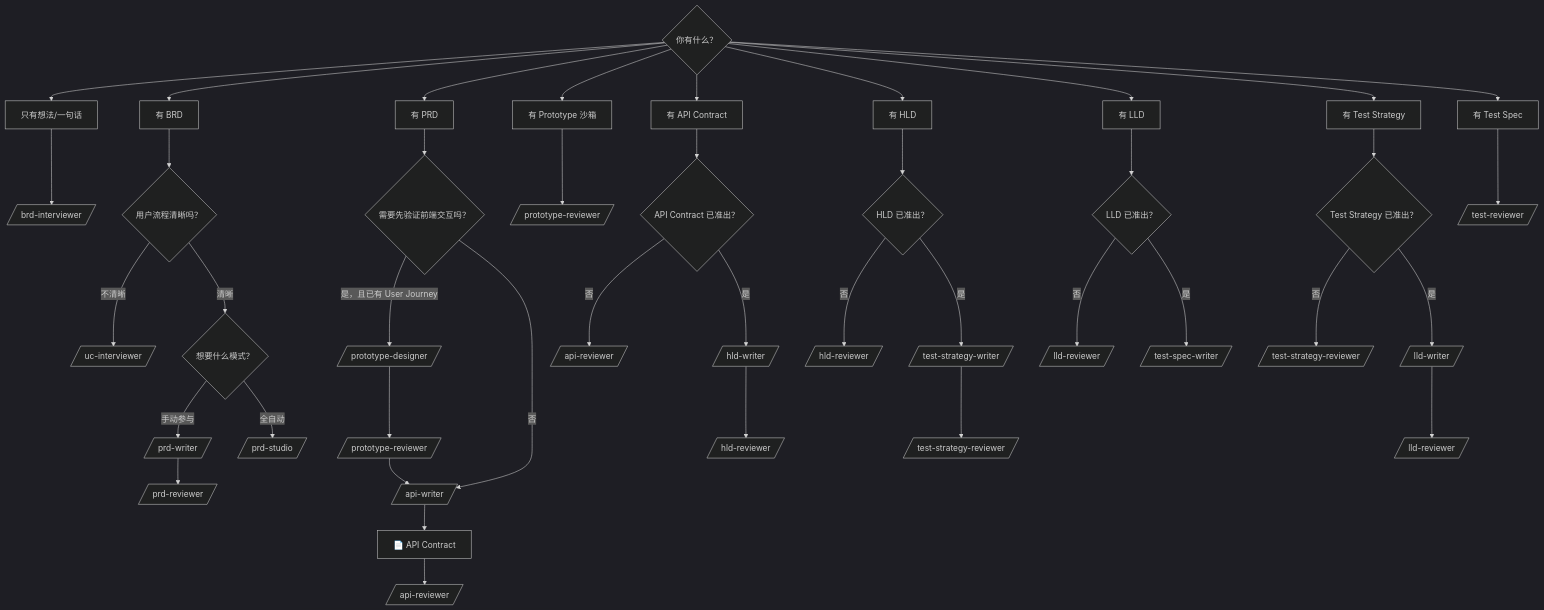
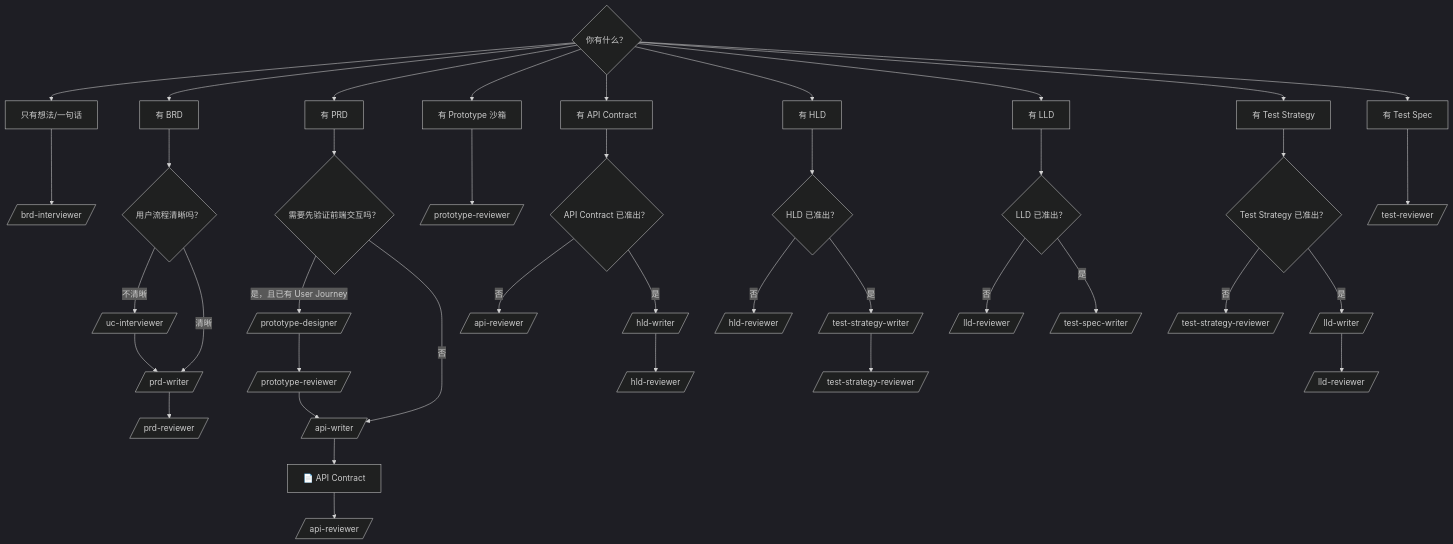
Before and after one commit to walternater/testany-agent-skills: the third of 3 diagrams in plugins/testany-eng/README.md, drawn with Mermaid (dark theme). The commit also changed other lines of this file and 113 other files, not shown here.

````diff
--- a/plugins/testany-eng/README.md
+++ b/plugins/testany-eng/README.md
@@ -136,52 +135,51 @@
 ```mermaid
 flowchart TD
     Start{你有什么？} --> A[只有想法/一句话]
     Start --> B[有 BRD]
     Start --> C[有 PRD]
     Start --> D[有 Prototype 沙箱]
     Start --> E[有 API Contract]
     Start --> F[有 HLD]
     Start --> G[有 LLD]
     Start --> H[有 Test Strategy]
     Start --> I[有 Test Spec]
 
     A --> A1[/brd-interviewer/]
 
     B --> B1{用户流程清晰吗？}
     B1 -->|不清晰| B2[/uc-interviewer/]
-    B1 -->|清晰| B3{想要什么模式？}
-    B3 -->|手动参与| B4[/prd-writer/]
-    B3 -->|全自动| B5[/prd-studio/]
+    B1 -->|清晰| B4[/prd-writer/]
+    B2 --> B4
     B4 --> B6[/prd-reviewer/]
 
     C --> C1{需要先验证前端交互吗？}
     C1 -->|是，且已有 User Journey| C2[/prototype-designer/]
     C2 --> C3[/prototype-reviewer/]
     C3 --> C4[/api-writer/]
     C1 -->|否| C4[/api-writer/]
     C4 --> C5[📄 API Contract]
     C5 --> C6[/api-reviewer/]
 
     D --> D1[/prototype-reviewer/]
 
     E --> E1{API Contract 已准出？}
     E1 -->|否| E2[/api-reviewer/]
     E1 -->|是| E3[/hld-writer/]
     E3 --> E4[/hld-reviewer/]
 
     F --> F1{HLD 已准出？}
     F1 -->|否| F2[/hld-reviewer/]
     F1 -->|是| F3[/test-strategy-writer/]
     F3 --> F4[/test-strategy-reviewer/]
 
     G --> G1{LLD 已准出？}
     G1 -->|否| G2[/lld-reviewer/]
     G1 -->|是| G3[/test-spec-writer/]
 
     H --> H1{Test Strategy 已准出？}
     H1 -->|否| H2[/test-strategy-reviewer/]
     H1 -->|是| H3[/lld-writer/]
     H3 --> H4[/lld-reviewer/]
 
     I --> I1[/test-reviewer/]
 ```
````
